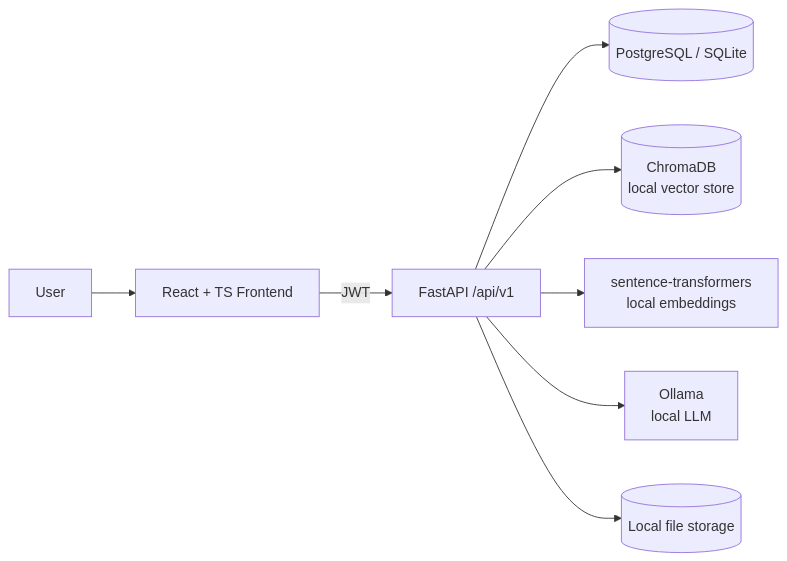
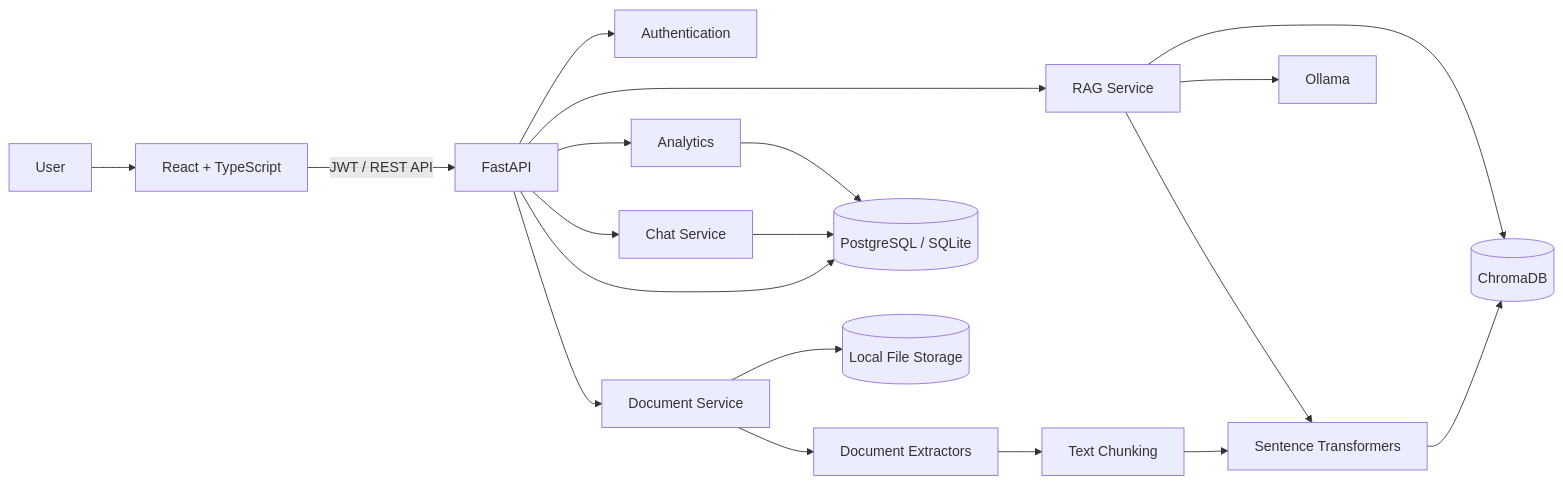
Before and after one commit to MUdevelops/Documind_AI: the diagram in README.md, drawn with Mermaid. The commit also changed other lines of this file, not shown here.

````diff
--- a/README.md
+++ b/README.md
@@ -22,10 +151,31 @@
 ```mermaid
 flowchart LR
-    U[User] --> FE[React + TS Frontend]
-    FE -->|JWT| API[FastAPI /api/v1]
+    USER[User]
+
+    USER --> FE[React + TypeScript]
+
+    FE -->|JWT / REST API| API[FastAPI]
+
+    API --> AUTH[Authentication]
+    API --> DOCS[Document Service]
+    API --> RAG[RAG Service]
+    API --> CHAT[Chat Service]
+    API --> ANALYTICS[Analytics]
+
+    DOCS --> EXTRACT[Document Extractors]
+    EXTRACT --> CHUNK[Text Chunking]
+    CHUNK --> EMB[Sentence Transformers]
+
+    EMB --> VECTOR[(ChromaDB)]
+
+    RAG --> VECTOR
+    RAG --> EMB
+    RAG --> LLM[Ollama]
+
     API --> DB[(PostgreSQL / SQLite)]
-    API --> VEC[(ChromaDB\nlocal vector store)]
-    API --> EMB[sentence-transformers\nlocal embeddings]
-    API --> LLM[Ollama\nlocal LLM]
-    API --> FS[(Local file storage)]
+    DOCS --> STORAGE[(Local File Storage)]
+
+    CHAT --> DB
+    ANALYTICS --> DB
+
 ```
````
